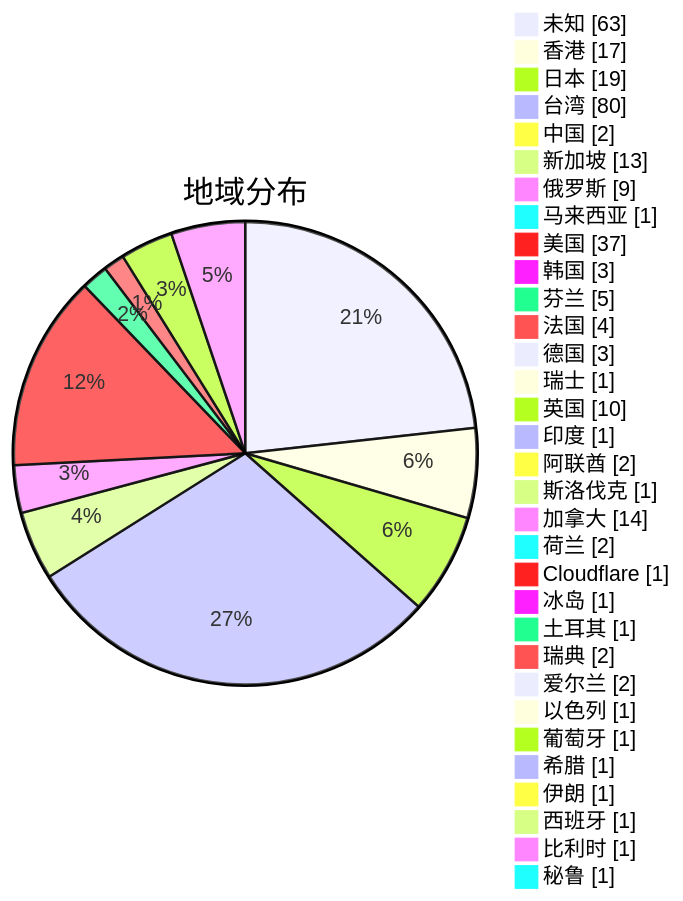
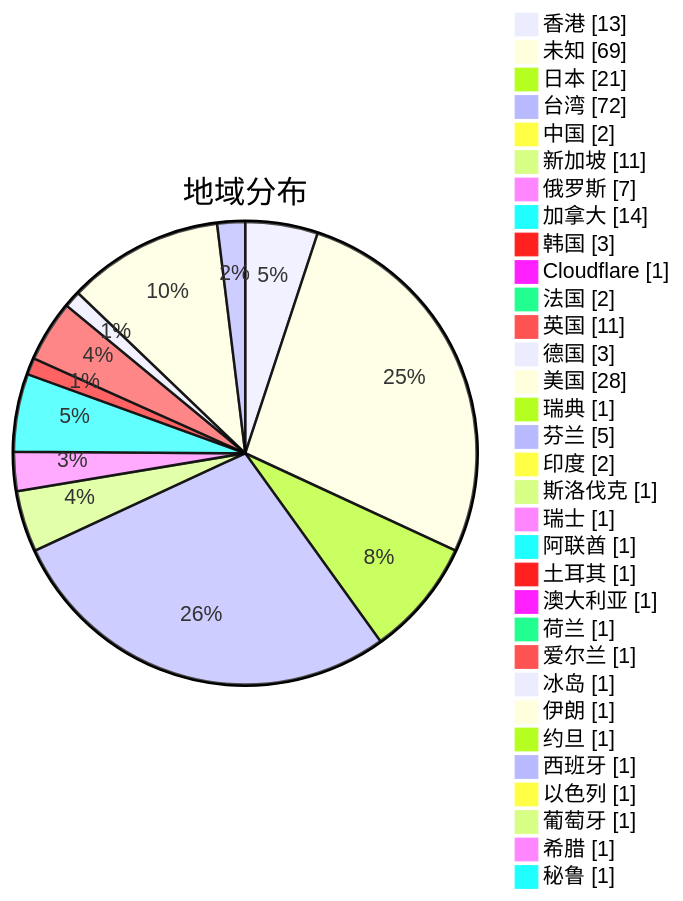
Before and after one commit to sinspired/airport: the second of 3 diagrams in subs/statistics/tested_within.md, drawn with Mermaid. The commit also changed other lines of this file and 2 other files, not shown here.

Commit message:
Committed by metaST

````diff
--- a/subs/statistics/tested_within.md
+++ b/subs/statistics/tested_within.md
@@ -13,36 +13,36 @@
 ```mermaid
 pie showData
 title 地域分布
-"未知" : 63
-"香港" : 17
-"日本" : 19
-"台湾" : 80
+"香港" : 13
+"未知" : 69
+"日本" : 21
+"台湾" : 72
 "中国" : 2
-"新加坡" : 13
-"俄罗斯" : 9
-"马来西亚" : 1
-"美国" : 37
+"新加坡" : 11
+"俄罗斯" : 7
+"加拿大" : 14
 "韩国" : 3
+"Cloudflare" : 1
+"法国" : 2
+"英国" : 11
+"德国" : 3
+"美国" : 28
+"瑞典" : 1
 "芬兰" : 5
-"法国" : 4
-"德国" : 3
+"印度" : 2
+"斯洛伐克" : 1
 "瑞士" : 1
-"英国" : 10
-"印度" : 1
-"阿联酋" : 2
-"斯洛伐克" : 1
-"加拿大" : 14
-"荷兰" : 2
-"Cloudflare" : 1
+"阿联酋" : 1
+"土耳其" : 1
+"澳大利亚" : 1
+"荷兰" : 1
+"爱尔兰" : 1
 "冰岛" : 1
-"土耳其" : 1
-"瑞典" : 2
-"爱尔兰" : 2
+"伊朗" : 1
+"约旦" : 1
+"西班牙" : 1
 "以色列" : 1
 "葡萄牙" : 1
 "希腊" : 1
-"伊朗" : 1
-"西班牙" : 1
-"比利时" : 1
 "秘鲁" : 1
 ```
````
